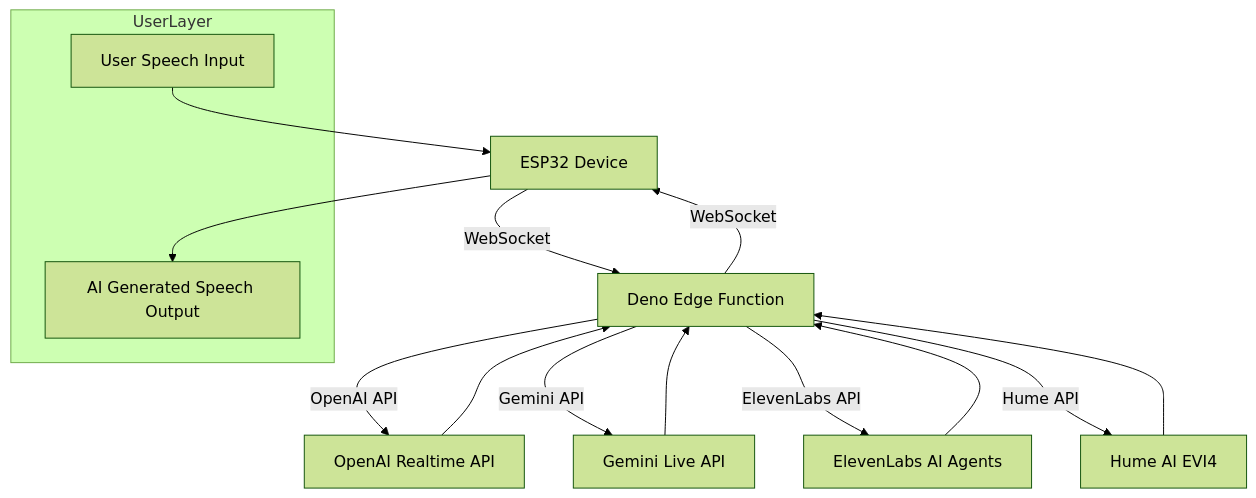
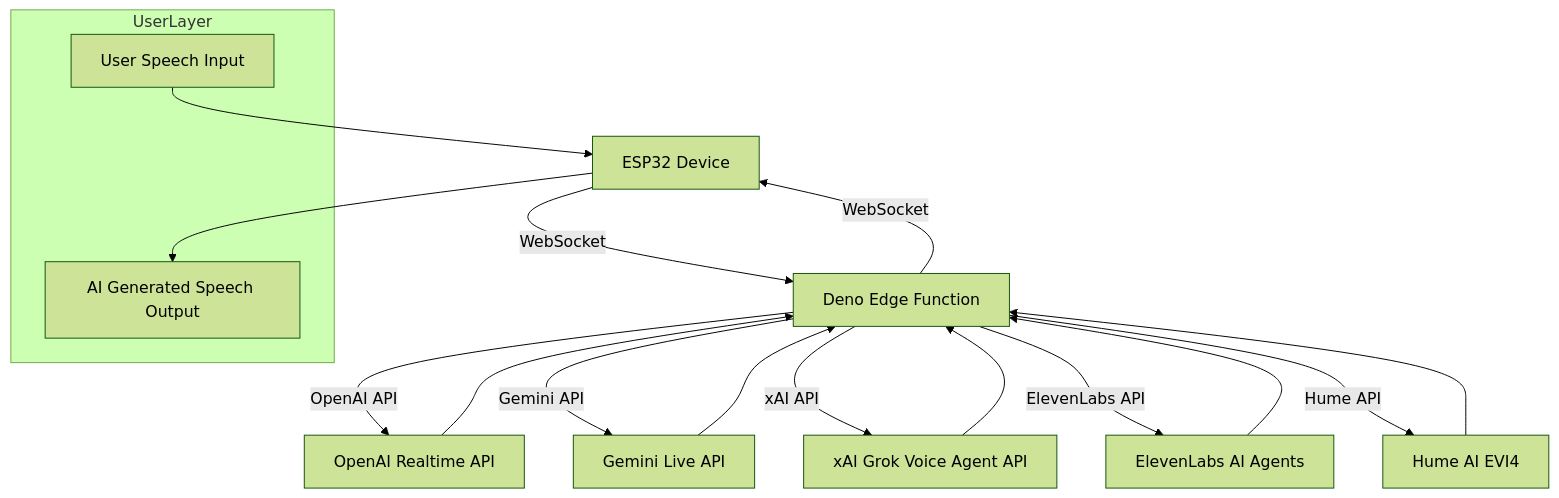
The first of 2 diagrams in README.md (akdeb/ElatoAI), drawn with Mermaid (forest theme) before and after one commit. The commit also changed other lines of this file and 14 other files, not shown here.

````diff
--- a/README.md
+++ b/README.md
@@ -218,20 +220,22 @@
 ```mermaid
 flowchart TD
   subgraph UserLayer
     UserInput[User Speech Input]
     UserOutput[AI Generated Speech Output]
   end
   
   UserInput --> ESP32
   ESP32[ESP32 Device] -->|WebSocket| Edge[Deno Edge Function]
   Edge -->|OpenAI API| OpenAI[OpenAI Realtime API]
   Edge -->|Gemini API| Gemini[Gemini Live API]
+  Edge -->|xAI API| xAI[xAI Grok Voice Agent API]
   Edge -->|ElevenLabs API| ElevenLabs[ElevenLabs AI Agents]
   Edge -->|Hume API| Hume[Hume AI EVI4]
   OpenAI --> Edge
   Gemini --> Edge
+  xAI --> Edge
   ElevenLabs --> Edge
   Hume --> Edge
   Edge -->|WebSocket| ESP32
   ESP32 --> UserOutput
 ```
````
